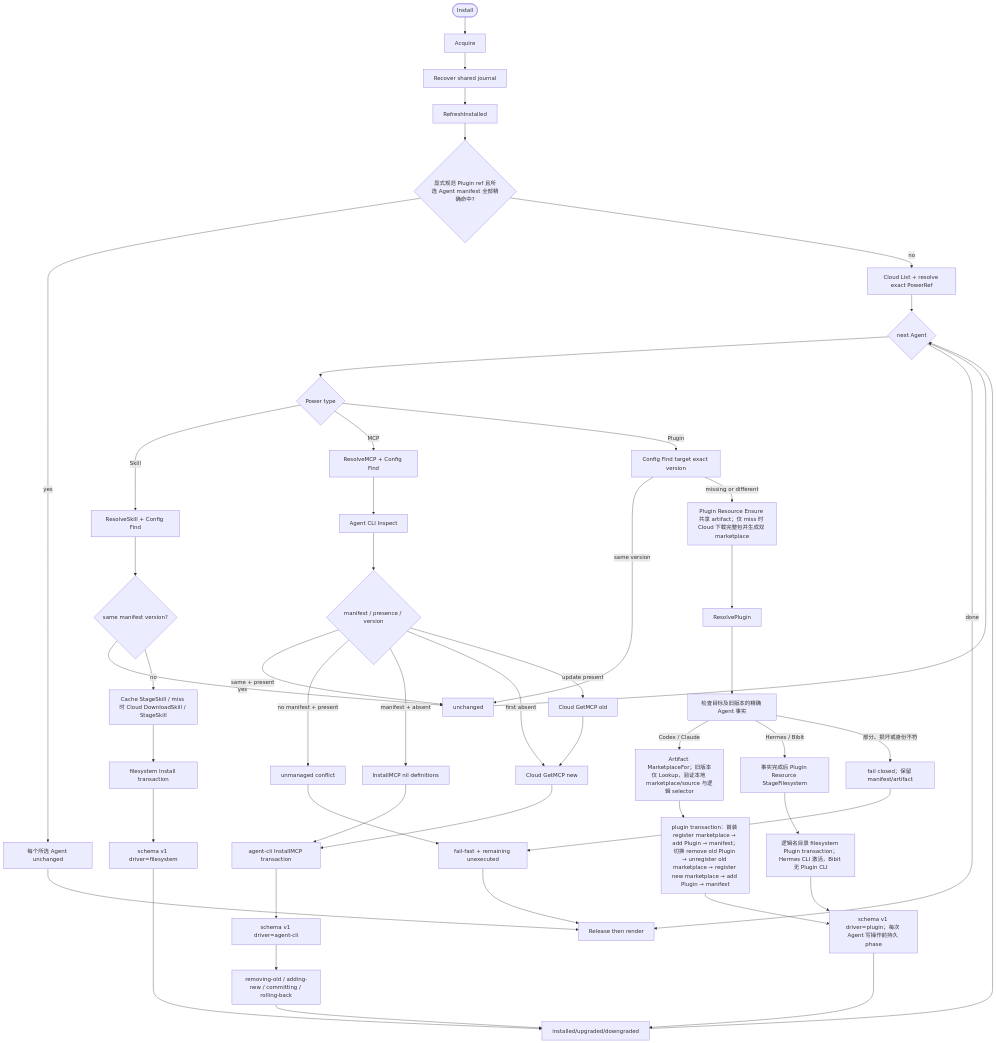
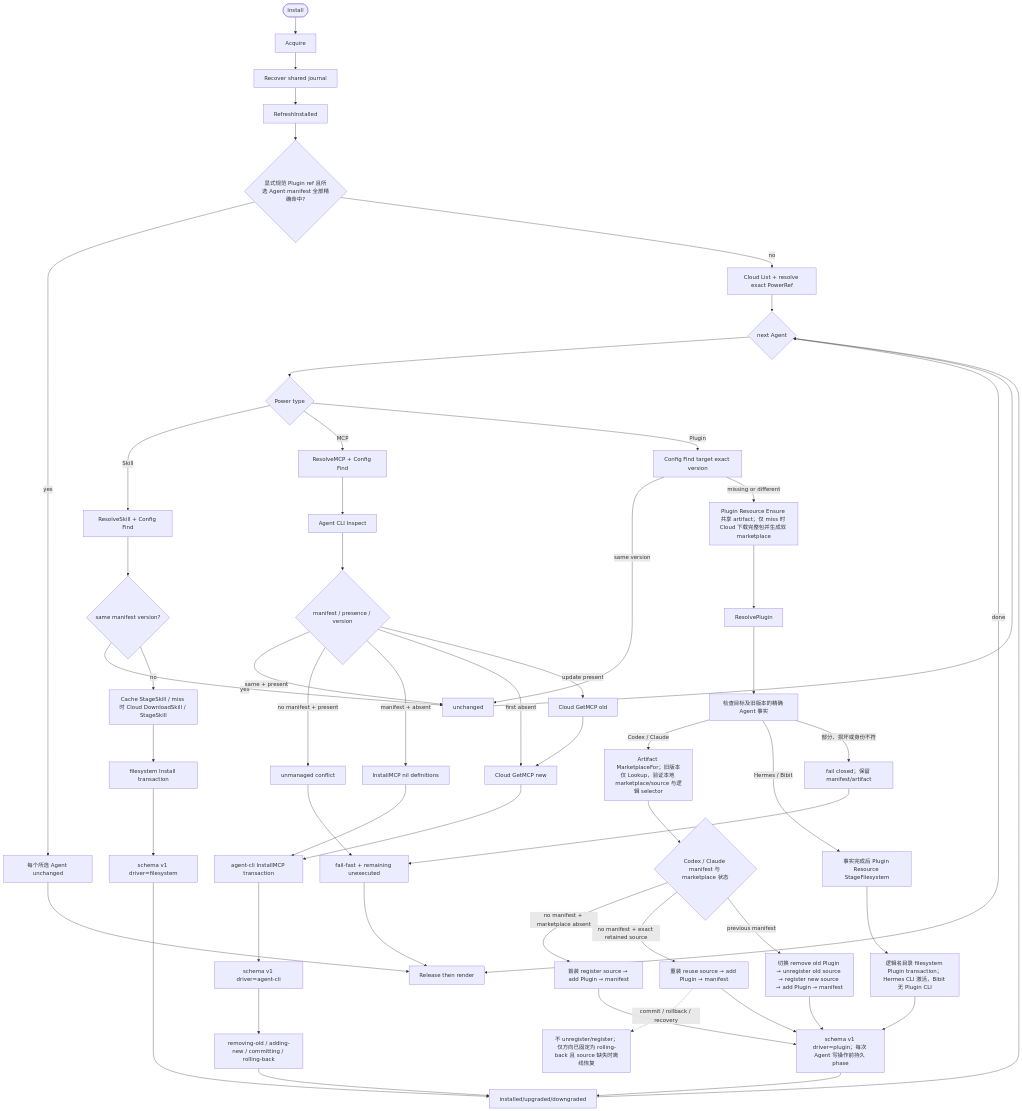
The diagram in ivory-tower/c4/components/apm-cli-lifecycle-diagrams/install.mmd (spacemit-com/agent-power-manager), drawn with Mermaid before and after one commit. The commit also changed 8 other files, not shown here.

Commit message:
docs(bibit): clarify retained marketplace flows

```diff
--- a/ivory-tower/c4/components/apm-cli-lifecycle-diagrams/install.mmd
+++ b/ivory-tower/c4/components/apm-cli-lifecycle-diagrams/install.mmd
@@ -1,50 +1,56 @@
 flowchart TD
     Start([Install]) --> Lock[Acquire]
     Lock --> Recover[Recover shared journal]
     Recover --> Refresh[RefreshInstalled]
     Refresh --> ExplicitPlugin{显式规范 Plugin ref 且所选 Agent manifest 全部精确命中?}
     ExplicitPlugin -->|yes| ManifestHit[每个所选 Agent unchanged] --> Release
     ExplicitPlugin -->|no| List[Cloud List + resolve exact PowerRef]
     List --> Agent{next Agent}
     Agent --> Type{Power type}
     Type -->|Skill| SkillResolve[ResolveSkill + Config Find]
     SkillResolve --> SkillSame{same manifest version?}
     SkillSame -->|yes| Unchanged[unchanged]
     SkillSame -->|no| Cache[Cache StageSkill / miss 时 Cloud DownloadSkill / StageSkill]
     Cache --> FSTx[filesystem Install transaction]
     FSTx --> FSJournal[schema v1 driver=filesystem]
 
     Type -->|MCP| MCPResolve[ResolveMCP + Config Find]
     MCPResolve --> MCPInspect[Agent CLI Inspect]
     MCPInspect --> MCPState{manifest / presence / version}
     MCPState -->|same + present| Unchanged
     MCPState -->|no manifest + present| Fail[unmanaged conflict]
     MCPState -->|manifest + absent| MCPStale[InstallMCP nil definitions]
     MCPState -->|first absent| NewDef[Cloud GetMCP new]
     MCPState -->|update present| OldDef[Cloud GetMCP old] --> NewDef
     NewDef --> MCPTx[agent-cli InstallMCP transaction]
     MCPStale --> MCPTx
     MCPTx --> MCPJournal[schema v1 driver=agent-cli]
     MCPJournal --> Phases[removing-old / adding-new / committing / rolling-back]
 
     Type -->|Plugin| PluginManifest[Config Find target exact version]
     PluginManifest -->|same version| Unchanged
     PluginManifest -->|missing or different| PluginEnsure[Plugin Resource Ensure 共享 artifact；仅 miss 时 Cloud 下载完整包并生成双 marketplace]
     PluginEnsure --> PluginResolve[ResolvePlugin]
     PluginResolve --> PluginFacts[检查目标及旧版本的精确 Agent 事实]
     PluginFacts -->|Codex / Claude| PreviousLookup[Artifact MarketplaceFor；旧版本仅 Lookup，验证本地 marketplace/source 与逻辑 selector]
-    PreviousLookup --> MarketplaceTx[plugin transaction：首装 register marketplace → add Plugin → manifest；切换 remove old Plugin → unregister old marketplace → register new marketplace → add Plugin → manifest]
+    PreviousLookup --> MarketplaceState{Codex / Claude manifest 与 marketplace 状态}
+    MarketplaceState -->|no manifest + marketplace absent| MarketplaceFirst[首装 register source → add Plugin → manifest]
+    MarketplaceState -->|no manifest + exact retained source| MarketplaceReinstall[重装 reuse source → add Plugin → manifest]
+    MarketplaceState -->|previous manifest| MarketplaceSwitch[切换 remove old Plugin → unregister old source → register new source → add Plugin → manifest]
+    MarketplaceReinstall -. commit / rollback / recovery .-> RetainedRecovery[不 unregister/register；仅方向已固定为 rolling-back 且 source 缺失时离线恢复]
     PluginFacts -->|Hermes / Bibit| FilesystemStage[事实完成后 Plugin Resource StageFilesystem] --> FilesystemPluginTx[逻辑名目录 filesystem Plugin transaction；Hermes CLI 激活，Bibit 无 Plugin CLI]
-    MarketplaceTx --> PluginJournal[schema v1 driver=plugin；每次 Agent 写操作前持久 phase]
+    MarketplaceFirst --> PluginJournal[schema v1 driver=plugin；每次 Agent 写操作前持久 phase]
+    MarketplaceReinstall --> PluginJournal
+    MarketplaceSwitch --> PluginJournal
     FilesystemPluginTx --> PluginJournal
     PluginFacts -->|部分、损坏或身份不符| PluginFail[fail closed；保留 manifest/artifact]
 
     FSJournal --> Outcome[installed/upgraded/downgraded]
     Phases --> Outcome
     PluginJournal --> Outcome
     Unchanged --> Agent
     Outcome --> Agent
     Fail --> Batch[fail-fast + remaining unexecuted]
     PluginFail --> Batch
     Agent -->|done| Release[Release then render]
     Batch --> Release
```
